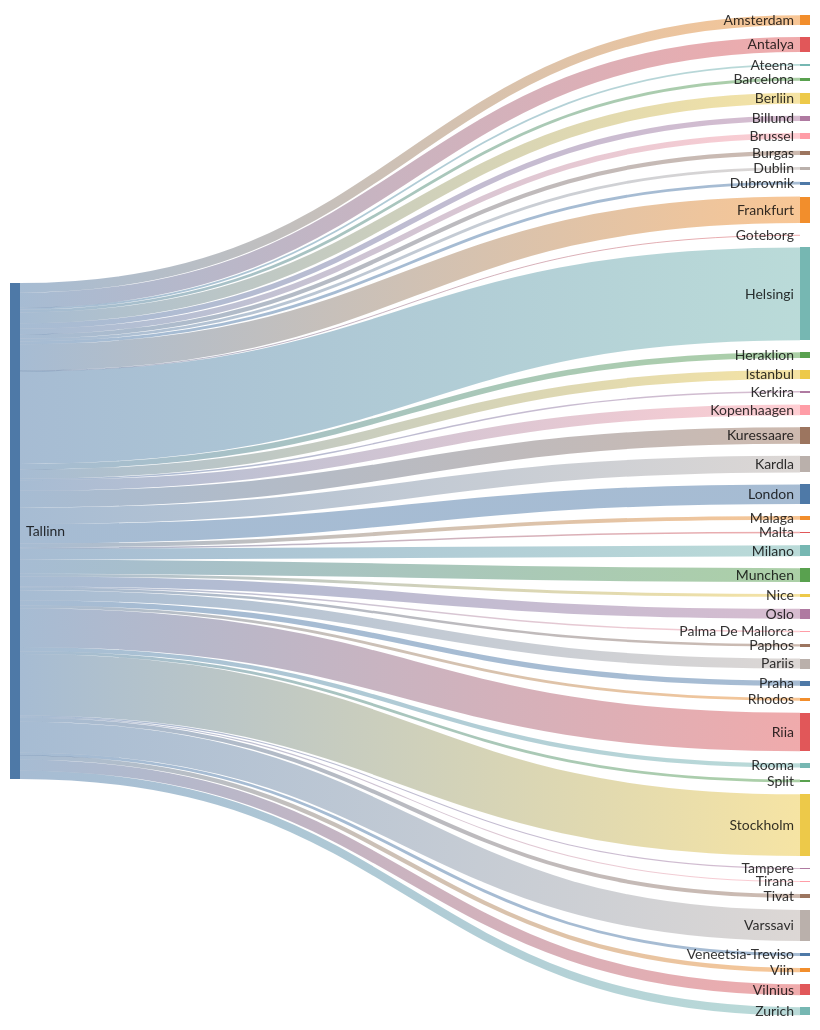
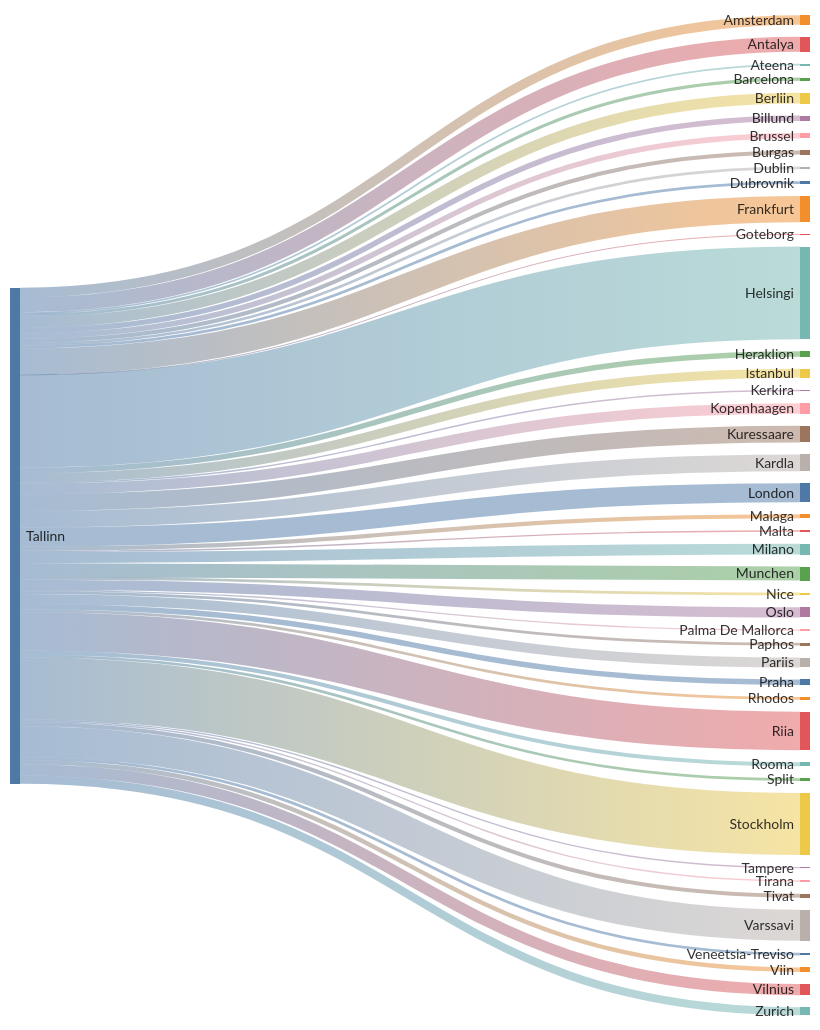
One commit to rainermesi/tll-airport-departures changed the second of 2 diagrams in README.md. Above: the diagram before and after it, drawn with Mermaid. The commit also changed other lines of this file, not shown here.

````diff
--- a/README.md
+++ b/README.md
@@ -34,56 +34,56 @@
 ```mermaid
 ---
 config:
   sankey:
     showValues: false
     width: 800
     height: 1000
 ---
 sankey-beta
 %% source,target,value
-Tallinn,Amsterdam,27
-Tallinn,Antalya,43
+Tallinn,Amsterdam,28
+Tallinn,Antalya,44
 Tallinn,Ateena,5
-Tallinn,Barcelona,8
-Tallinn,Berliin,31
-Tallinn,Billund,15
+Tallinn,Barcelona,9
+Tallinn,Berliin,32
+Tallinn,Billund,16
 Tallinn,Brussel,16
 Tallinn,Burgas,12
 Tallinn,Dublin,8
 Tallinn,Dubrovnik,8
-Tallinn,Frankfurt,75
+Tallinn,Frankfurt,77
 Tallinn,Goteborg,1
-Tallinn,Helsingi,262
+Tallinn,Helsingi,272
 Tallinn,Heraklion,16
-Tallinn,Istanbul,26
+Tallinn,Istanbul,27
 Tallinn,Kerkira,4
-Tallinn,Kopenhaagen,30
-Tallinn,Kuressaare,47
-Tallinn,Kardla,47
-Tallinn,London,55
-Tallinn,Malaga,11
+Tallinn,Kopenhaagen,31
+Tallinn,Kuressaare,49
+Tallinn,Kardla,49
+Tallinn,London,56
+Tallinn,Malaga,12
 Tallinn,Malta,4
-Tallinn,Milano,31
-Tallinn,Munchen,39
+Tallinn,Milano,32
+Tallinn,Munchen,41
 Tallinn,Nice,8
-Tallinn,Oslo,28
+Tallinn,Oslo,30
 Tallinn,Palma De Mallorca,4
-Tallinn,Paphos,7
-Tallinn,Pariis,28
-Tallinn,Praha,15
+Tallinn,Paphos,8
+Tallinn,Pariis,29
+Tallinn,Praha,16
 Tallinn,Rhodos,8
-Tallinn,Riia,109
+Tallinn,Riia,113
 Tallinn,Rooma,12
 Tallinn,Split,8
-Tallinn,Stockholm,174
-Tallinn,Tampere,3
-Tallinn,Tirana,3
-Tallinn,Tivat,11
-Tallinn,Varssavi,88
+Tallinn,Stockholm,182
+Tallinn,Tampere,4
+Tallinn,Tirana,4
+Tallinn,Tivat,12
+Tallinn,Varssavi,91
 Tallinn,Veneetsia-Treviso,8
-Tallinn,Viin,12
-Tallinn,Vilnius,31
-Tallinn,Zurich,23
+Tallinn,Viin,13
+Tallinn,Vilnius,33
+Tallinn,Zurich,24
 
 
 ```
````
